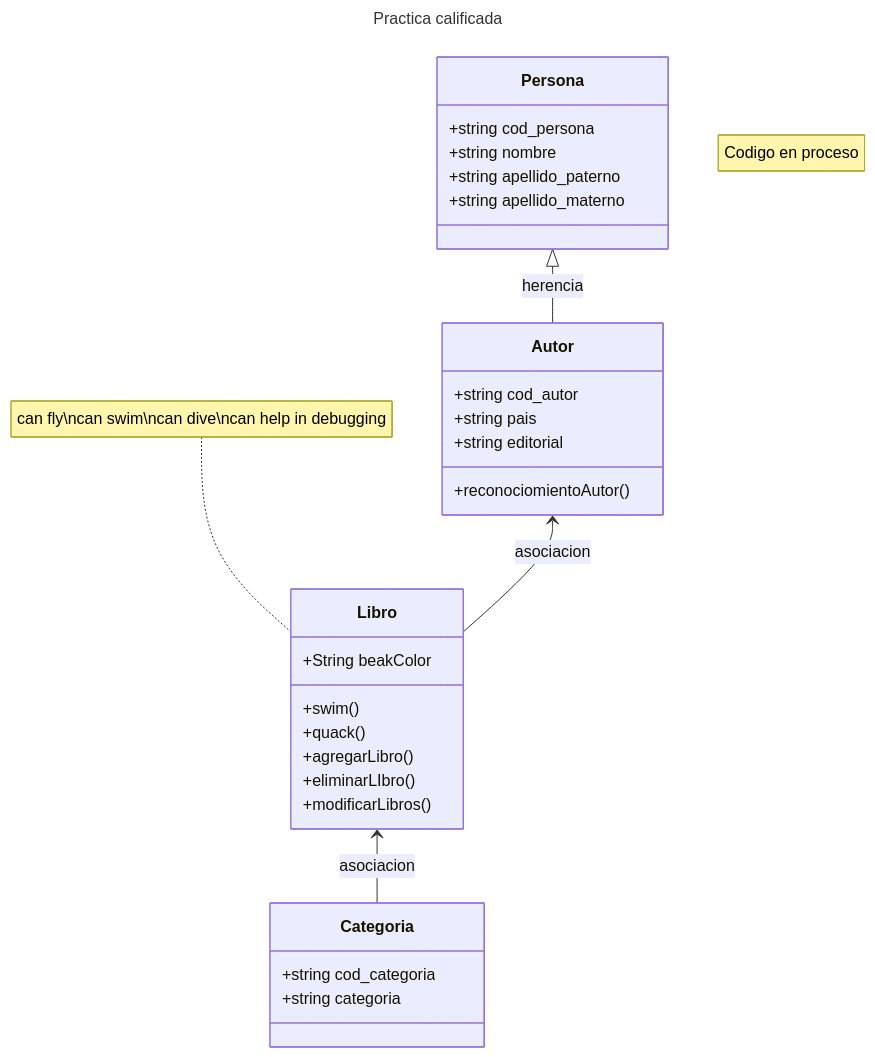
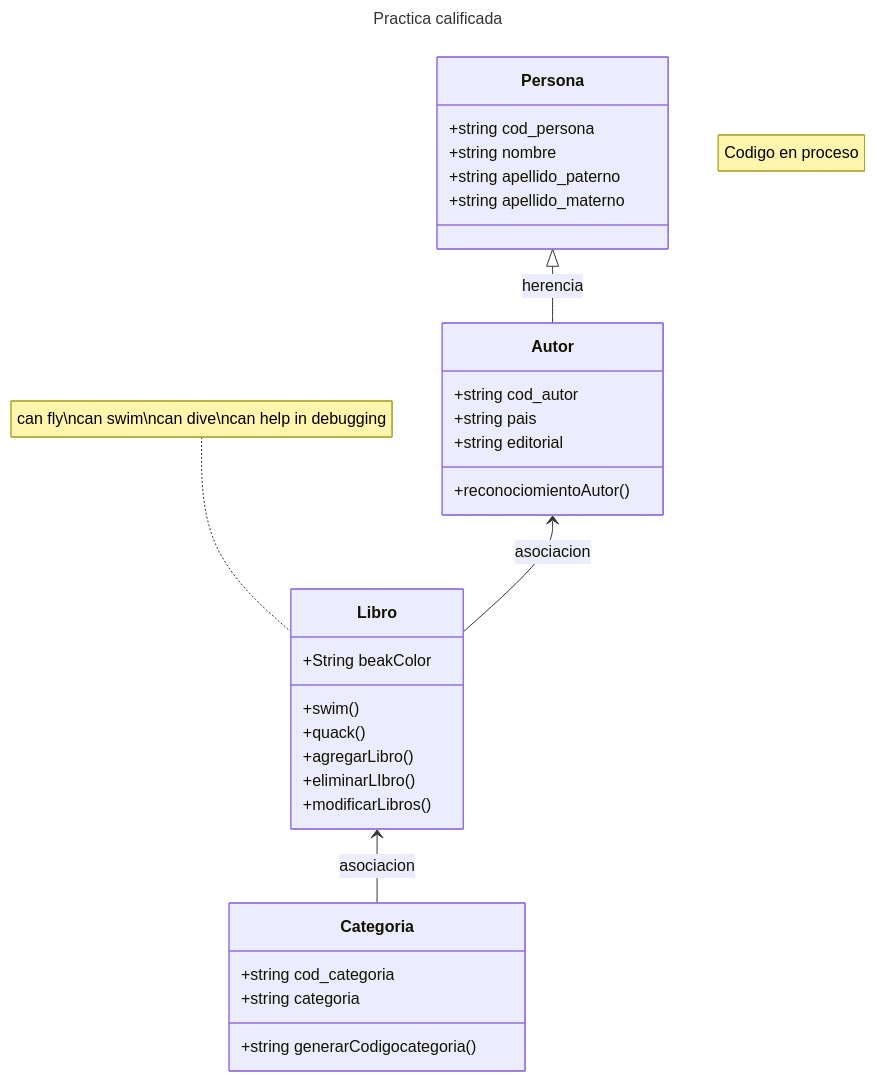
The diagram in digrama.md (abi76416949/MantenimientoLibros), drawn with Mermaid before and after one commit. The commit also changed 9 other files, not shown here.

````diff
--- a/digrama.md
+++ b/digrama.md
@@ -3,42 +3,43 @@
 ```mermaid
 ---
 title: Practica calificada
 ---
 classDiagram
     note "Codigo en proceso"
 
 
     Autor <-- Libro : asociacion
     Libro <-- Categoria : asociacion
     note for Libro "can fly\ncan swim\ncan dive\ncan help in debugging"
     Persona <|-- Autor : herencia
     
    
 
     class Persona{
         +string cod_persona
         +string nombre
         +string apellido_paterno
         +string apellido_materno
     }
     class Libro{
         +String beakColor
         +swim()
         +quack()
         +agregarLibro()
         +eliminarLIbro()
         +modificarLibros()
     }
     class Autor{
         +string cod_autor
         +string pais
         +string editorial
         +reconociomientoAutor()
 
     }
     class Categoria{
         +string cod_categoria
         +string categoria
+        +string generarCodigocategoria()
     }
 
 ```
````
